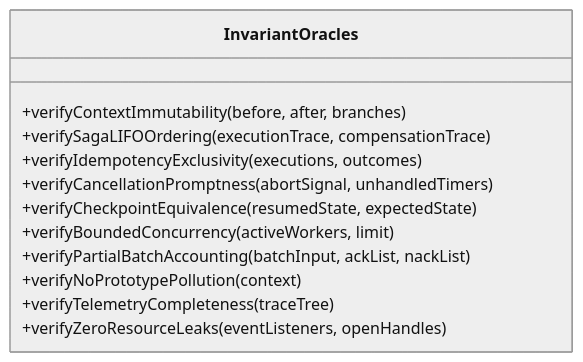
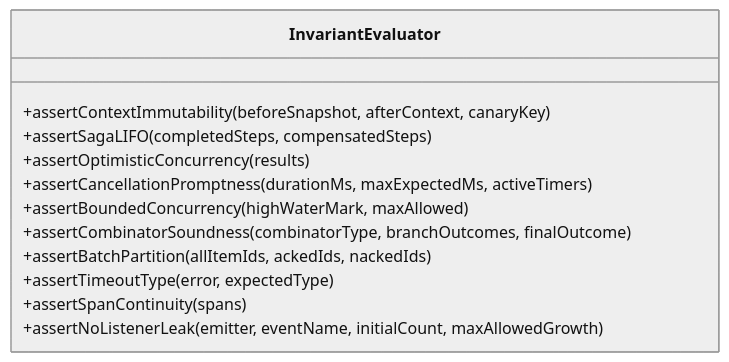
Before and after one commit to jsoftgem/siglo: the second of 3 diagrams in docs/automated-exploratory-plan.md, drawn with Mermaid (neutral theme). The commit also changed other lines of this file and 78 other files, not shown here.

````diff
--- a/docs/automated-exploratory-plan.md
+++ b/docs/automated-exploratory-plan.md
@@ -85,15 +105,15 @@
 ```mermaid
 classDiagram
-    class InvariantOracles {
-        +verifyContextImmutability(before, after, branches)
-        +verifySagaLIFOOrdering(executionTrace, compensationTrace)
-        +verifyIdempotencyExclusivity(executions, outcomes)
-        +verifyCancellationPromptness(abortSignal, unhandledTimers)
-        +verifyCheckpointEquivalence(resumedState, expectedState)
-        +verifyBoundedConcurrency(activeWorkers, limit)
-        +verifyPartialBatchAccounting(batchInput, ackList, nackList)
-        +verifyNoPrototypePollution(context)
-        +verifyTelemetryCompleteness(traceTree)
-        +verifyZeroResourceLeaks(eventListeners, openHandles)
+    class InvariantEvaluator {
+        +assertContextImmutability(beforeSnapshot, afterContext, canaryKey)
+        +assertSagaLIFO(completedSteps, compensatedSteps)
+        +assertOptimisticConcurrency(results)
+        +assertCancellationPromptness(durationMs, maxExpectedMs, activeTimers)
+        +assertBoundedConcurrency(highWaterMark, maxAllowed)
+        +assertCombinatorSoundness(combinatorType, branchOutcomes, finalOutcome)
+        +assertBatchPartition(allItemIds, ackedIds, nackedIds)
+        +assertTimeoutType(error, expectedType)
+        +assertSpanContinuity(spans)
+        +assertNoListenerLeak(emitter, eventName, initialCount, maxAllowedGrowth)
     }
 ```
````
